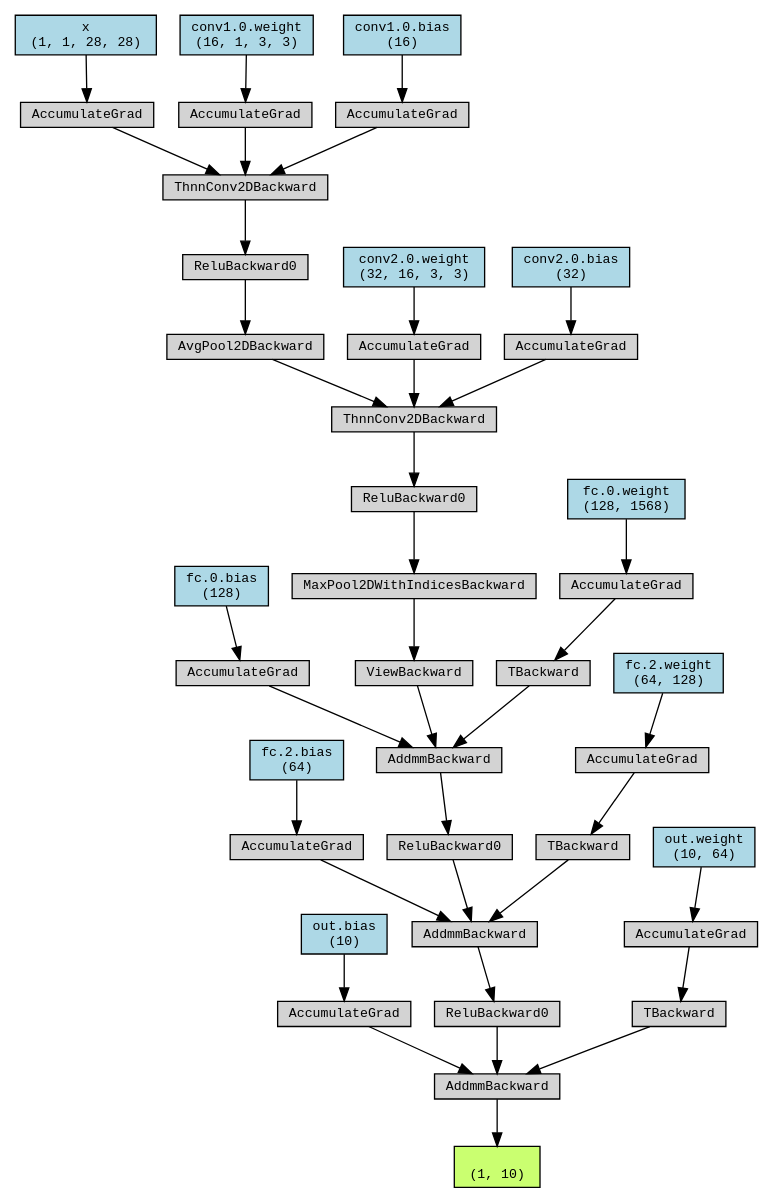
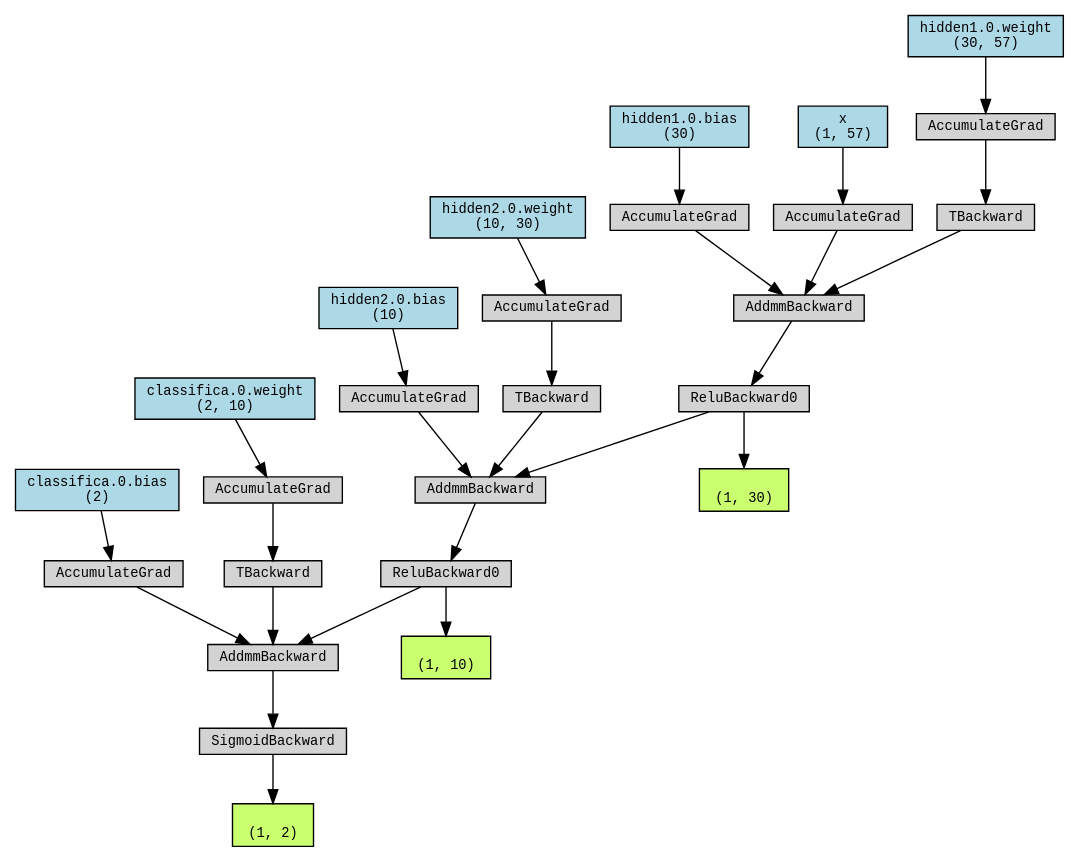
The diagram in Python/深度学习入门与实践/Digraph.gv (randydkx/C), drawn with Graphviz before and after one commit. The commit also changed 12 other files, not shown here.

```diff
--- a/Python/深度学习入门与实践/Digraph.gv
+++ b/Python/深度学习入门与实践/Digraph.gv
@@ -1,91 +1,65 @@
 digraph {
 	graph [size="12,12"]
 	node [align=left fontname=monospace fontsize=10 height=0.2 ranksep=0.1 shape=box style=filled]
-	140185820839808 [label="
+	140657427992768 [label="
+ (1, 30)" fillcolor=darkolivegreen1]
+	140657427938560 [label=ReluBackward0]
+	140657427938896 -> 140657427938560
+	140657427938896 [label=AddmmBackward]
+	140657427938416 -> 140657427938896
+	140657427958080 [label="hidden1.0.bias
+ (30)" fillcolor=lightblue]
+	140657427958080 -> 140657427938416
+	140657427938416 [label=AccumulateGrad]
+	140657427938224 -> 140657427938896
+	140657427870720 [label="x
+ (1, 57)" fillcolor=lightblue]
+	140657427870720 -> 140657427938224
+	140657427938224 [label=AccumulateGrad]
+	140657427938608 -> 140657427938896
+	140657427938608 [label=TBackward]
+	140657427938704 -> 140657427938608
+	140657427958272 [label="hidden1.0.weight
+ (30, 57)" fillcolor=lightblue]
+	140657427958272 -> 140657427938704
+	140657427938704 [label=AccumulateGrad]
+	140657427938560 -> 140657427992768
+	140657427992832 [label="
  (1, 10)" fillcolor=darkolivegreen1]
-	140185820945040 [label=AddmmBackward]
-	140185822052512 -> 140185820945040
-	140186182469120 [label="out.bias
+	140657427938512 [label=ReluBackward0]
+	140657427938800 -> 140657427938512
+	140657427938800 [label=AddmmBackward]
+	140657427938656 -> 140657427938800
+	140657427958784 [label="hidden2.0.bias
  (10)" fillcolor=lightblue]
-	140186182469120 -> 140185822052512
-	140185822052512 [label=AccumulateGrad]
-	140185822052464 -> 140185820945040
-	140185822052464 [label=ReluBackward0]
-	140185822052608 -> 140185822052464
-	140185822052608 [label=AddmmBackward]
-	140185822052800 -> 140185822052608
-	140186182468352 [label="fc.2.bias
- (64)" fillcolor=lightblue]
-	140186182468352 -> 140185822052800
-	140185822052800 [label=AccumulateGrad]
-	140185822052752 -> 140185822052608
-	140185822052752 [label=ReluBackward0]
-	140185822052896 -> 140185822052752
-	140185822052896 [label=AddmmBackward]
-	140185822053088 -> 140185822052896
-	140186182468160 [label="fc.0.bias
- (128)" fillcolor=lightblue]
-	140186182468160 -> 140185822053088
-	140185822053088 [label=AccumulateGrad]
-	140185822053040 -> 140185822052896
-	140185822053040 [label=ViewBackward]
-	140185822053184 -> 140185822053040
-	140185822053184 [label=MaxPool2DWithIndicesBackward]
-	140185822053376 -> 140185822053184
-	140185822053376 [label=ReluBackward0]
-	140185822053472 -> 140185822053376
-	140185822053472 [label=ThnnConv2DBackward]
-	140185822053568 -> 140185822053472
-	140185822053568 [label=AvgPool2DBackward]
-	140185822053760 -> 140185822053568
-	140185822053760 [label=ReluBackward0]
-	140185822053856 -> 140185822053760
-	140185822053856 [label=ThnnConv2DBackward]
-	140185822053952 -> 140185822053856
-	140185820838464 [label="x
- (1, 1, 28, 28)" fillcolor=lightblue]
-	140185820838464 -> 140185822053952
-	140185822053952 [label=AccumulateGrad]
-	140185822053904 -> 140185822053856
-	140186175008448 [label="conv1.0.weight
- (16, 1, 3, 3)" fillcolor=lightblue]
-	140186175008448 -> 140185822053904
-	140185822053904 [label=AccumulateGrad]
-	140185822053664 -> 140185822053856
-	140186182467776 [label="conv1.0.bias
- (16)" fillcolor=lightblue]
-	140186182467776 -> 140185822053664
-	140185822053664 [label=AccumulateGrad]
-	140185822053520 -> 140185822053472
-	140186176374912 [label="conv2.0.weight
- (32, 16, 3, 3)" fillcolor=lightblue]
-	140186176374912 -> 140185822053520
-	140185822053520 [label=AccumulateGrad]
-	140185822053280 -> 140185822053472
-	140186176382272 [label="conv2.0.bias
- (32)" fillcolor=lightblue]
-	140186176382272 -> 140185822053280
-	140185822053280 [label=AccumulateGrad]
-	140185822052992 -> 140185822052896
-	140185822052992 [label=TBackward]
-	140185822053424 -> 140185822052992
-	140186182467968 [label="fc.0.weight
- (128, 1568)" fillcolor=lightblue]
-	140186182467968 -> 140185822053424
-	140185822053424 [label=AccumulateGrad]
-	140185822052704 -> 140185822052608
-	140185822052704 [label=TBackward]
-	140185822053328 -> 140185822052704
-	140186182468224 [label="fc.2.weight
- (64, 128)" fillcolor=lightblue]
-	140186182468224 -> 140185822053328
-	140185822053328 [label=AccumulateGrad]
-	140185822052416 -> 140185820945040
-	140185822052416 [label=TBackward]
-	140185822053136 -> 140185822052416
-	140186182468928 [label="out.weight
- (10, 64)" fillcolor=lightblue]
-	140186182468928 -> 140185822053136
-	140185822053136 [label=AccumulateGrad]
-	140185820945040 -> 140185820839808
+	140657427958784 -> 140657427938656
+	140657427938656 [label=AccumulateGrad]
+	140657427938560 -> 140657427938800
+	140657427938752 -> 140657427938800
+	140657427938752 [label=TBackward]
+	140657427938848 -> 140657427938752
+	140657427958656 [label="hidden2.0.weight
+ (10, 30)" fillcolor=lightblue]
+	140657427958656 -> 140657427938848
+	140657427938848 [label=AccumulateGrad]
+	140657427938512 -> 140657427992832
+	140657427992896 [label="
+ (1, 2)" fillcolor=darkolivegreen1]
+	140657427938944 [label=SigmoidBackward]
+	140657427939136 -> 140657427938944
+	140657427939136 [label=AddmmBackward]
+	140657427939040 -> 140657427939136
+	140657427959360 [label="classifica.0.bias
+ (2)" fillcolor=lightblue]
+	140657427959360 -> 140657427939040
+	140657427939040 [label=AccumulateGrad]
+	140657427938512 -> 140657427939136
+	140657427939088 -> 140657427939136
+	140657427939088 [label=TBackward]
+	140657427939184 -> 140657427939088
+	140657427959232 [label="classifica.0.weight
+ (2, 10)" fillcolor=lightblue]
+	140657427959232 -> 140657427939184
+	140657427939184 [label=AccumulateGrad]
+	140657427938944 -> 140657427992896
 }
```
